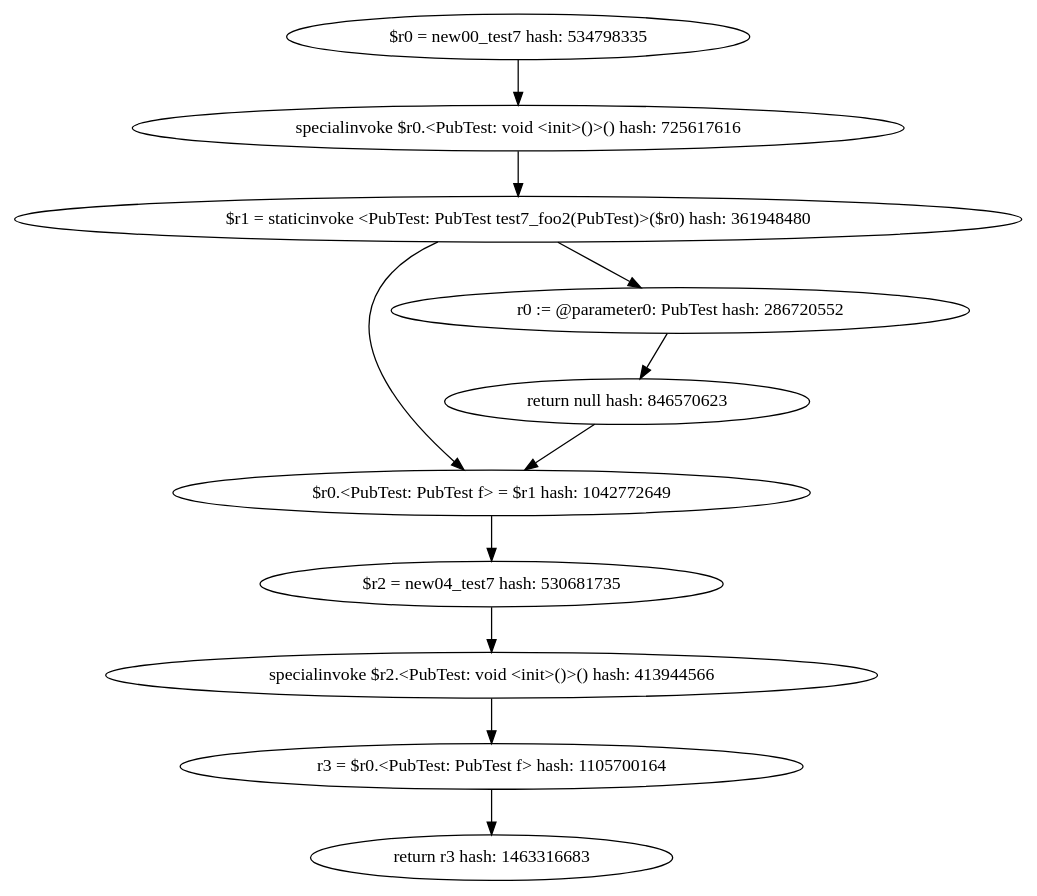
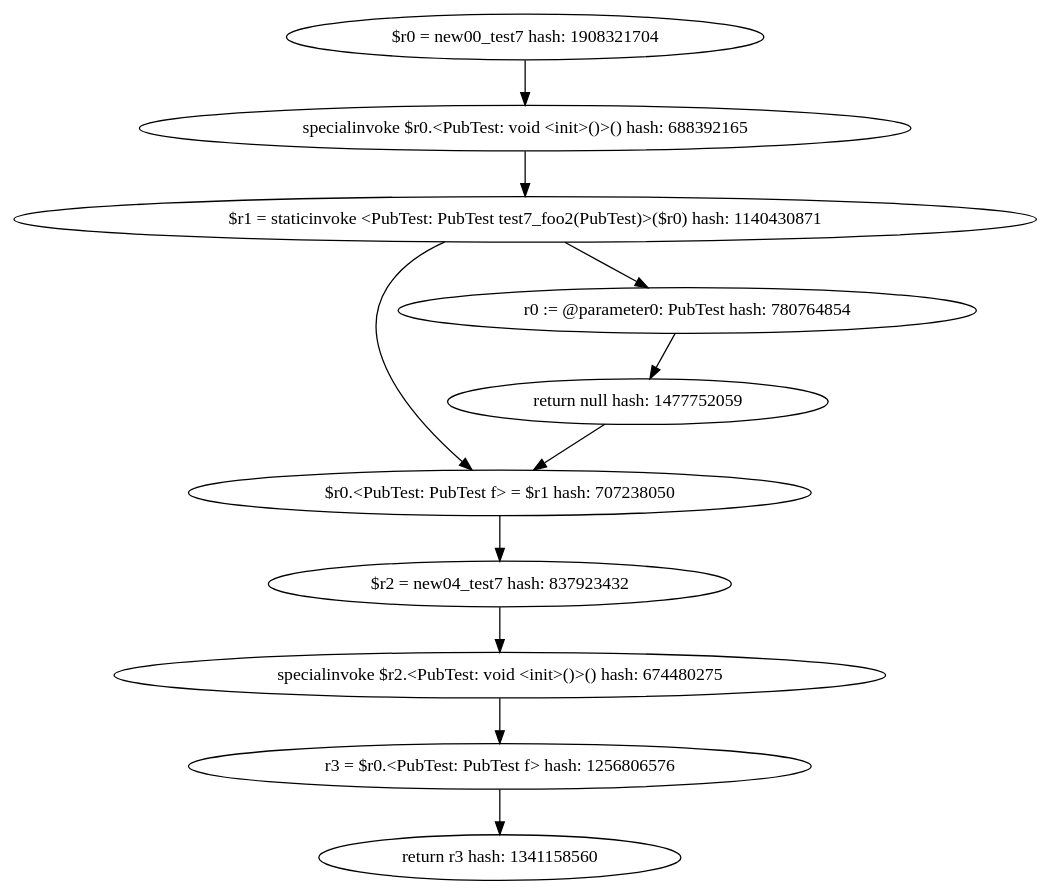
Before and after one commit to khushit-shah/PointsToAnalysisJava: the diagram in target1-pub/PubTest.test7.intra.debug.dot, drawn with Graphviz. The commit also changed 134 other files, not shown here.

```diff
--- a/target1-pub/PubTest.test7.intra.debug.dot
+++ b/target1-pub/PubTest.test7.intra.debug.dot
@@ -1,22 +1,22 @@
 digraph "./target1-pub/PubTest.test7.intra.debug" {
-    "$r0 = new00_test7 hash: 534798335";
-    "specialinvoke $r0.<PubTest: void <init>()>() hash: 725617616";
-    "$r1 = staticinvoke <PubTest: PubTest test7_foo2(PubTest)>($r0) hash: 361948480";
-    "$r0.<PubTest: PubTest f> = $r1 hash: 1042772649";
-    "$r2 = new04_test7 hash: 530681735";
-    "specialinvoke $r2.<PubTest: void <init>()>() hash: 413944566";
-    "r3 = $r0.<PubTest: PubTest f> hash: 1105700164";
-    "return r3 hash: 1463316683";
-    "r0 := @parameter0: PubTest hash: 286720552";
-    "return null hash: 846570623";
-    "$r0 = new00_test7 hash: 534798335"->"specialinvoke $r0.<PubTest: void <init>()>() hash: 725617616";
-    "specialinvoke $r0.<PubTest: void <init>()>() hash: 725617616"->"$r1 = staticinvoke <PubTest: PubTest test7_foo2(PubTest)>($r0) hash: 361948480";
-    "$r1 = staticinvoke <PubTest: PubTest test7_foo2(PubTest)>($r0) hash: 361948480"->"r0 := @parameter0: PubTest hash: 286720552";
-    "$r1 = staticinvoke <PubTest: PubTest test7_foo2(PubTest)>($r0) hash: 361948480"->"$r0.<PubTest: PubTest f> = $r1 hash: 1042772649";
-    "$r0.<PubTest: PubTest f> = $r1 hash: 1042772649"->"$r2 = new04_test7 hash: 530681735";
-    "$r2 = new04_test7 hash: 530681735"->"specialinvoke $r2.<PubTest: void <init>()>() hash: 413944566";
-    "specialinvoke $r2.<PubTest: void <init>()>() hash: 413944566"->"r3 = $r0.<PubTest: PubTest f> hash: 1105700164";
-    "r3 = $r0.<PubTest: PubTest f> hash: 1105700164"->"return r3 hash: 1463316683";
-    "r0 := @parameter0: PubTest hash: 286720552"->"return null hash: 846570623";
-    "return null hash: 846570623"->"$r0.<PubTest: PubTest f> = $r1 hash: 1042772649";
+    "$r0 = new00_test7 hash: 1908321704";
+    "specialinvoke $r0.<PubTest: void <init>()>() hash: 688392165";
+    "$r1 = staticinvoke <PubTest: PubTest test7_foo2(PubTest)>($r0) hash: 1140430871";
+    "$r0.<PubTest: PubTest f> = $r1 hash: 707238050";
+    "$r2 = new04_test7 hash: 837923432";
+    "specialinvoke $r2.<PubTest: void <init>()>() hash: 674480275";
+    "r3 = $r0.<PubTest: PubTest f> hash: 1256806576";
+    "return r3 hash: 1341158560";
+    "r0 := @parameter0: PubTest hash: 780764854";
+    "return null hash: 1477752059";
+    "$r0 = new00_test7 hash: 1908321704"->"specialinvoke $r0.<PubTest: void <init>()>() hash: 688392165";
+    "specialinvoke $r0.<PubTest: void <init>()>() hash: 688392165"->"$r1 = staticinvoke <PubTest: PubTest test7_foo2(PubTest)>($r0) hash: 1140430871";
+    "$r1 = staticinvoke <PubTest: PubTest test7_foo2(PubTest)>($r0) hash: 1140430871"->"r0 := @parameter0: PubTest hash: 780764854";
+    "$r1 = staticinvoke <PubTest: PubTest test7_foo2(PubTest)>($r0) hash: 1140430871"->"$r0.<PubTest: PubTest f> = $r1 hash: 707238050";
+    "$r0.<PubTest: PubTest f> = $r1 hash: 707238050"->"$r2 = new04_test7 hash: 837923432";
+    "$r2 = new04_test7 hash: 837923432"->"specialinvoke $r2.<PubTest: void <init>()>() hash: 674480275";
+    "specialinvoke $r2.<PubTest: void <init>()>() hash: 674480275"->"r3 = $r0.<PubTest: PubTest f> hash: 1256806576";
+    "r3 = $r0.<PubTest: PubTest f> hash: 1256806576"->"return r3 hash: 1341158560";
+    "r0 := @parameter0: PubTest hash: 780764854"->"return null hash: 1477752059";
+    "return null hash: 1477752059"->"$r0.<PubTest: PubTest f> = $r1 hash: 707238050";
 }
```
